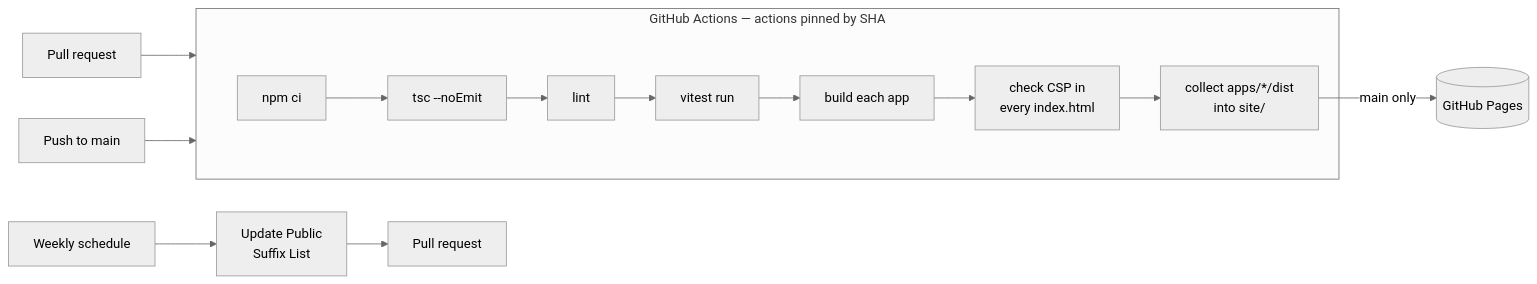
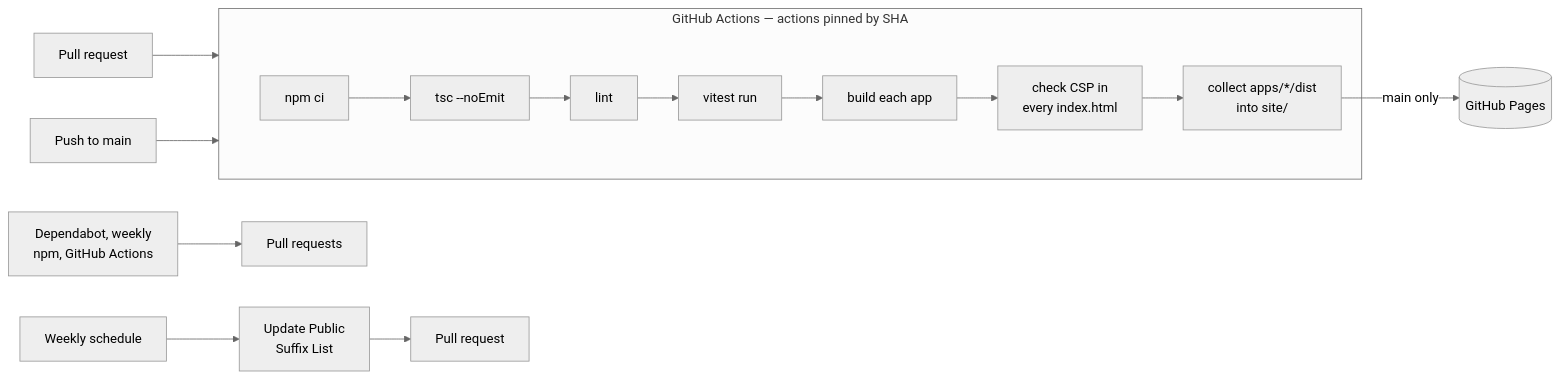
One commit to photom/benchside changed the fourth of 6 diagrams in docs/explanation/architecture.md. Above: the diagram before and after it, drawn with Mermaid (neutral theme). The commit also changed other lines of this file and 1 other file, not shown here.

First line of the commit message:
Add Dependabot for npm and GitHub Actions (#44)

````diff
--- a/docs/explanation/architecture.md
+++ b/docs/explanation/architecture.md
@@ -109,12 +109,13 @@
 ```mermaid
 flowchart LR
   pr[Pull request] --> ci
   push[Push to main] --> ci
   subgraph ci [GitHub Actions — actions pinned by SHA]
     install[npm ci] --> types[tsc --noEmit] --> lint[lint] --> test[vitest run] --> build[build each app]
     build --> csp[check CSP in<br/>every index.html]
     csp --> collect[collect apps/*/dist<br/>into site/]
   end
   collect -- "main only" --> pages[(GitHub Pages)]
   cron[Weekly schedule] --> psl[Update Public<br/>Suffix List] --> pr2[Pull request]
+  bot[Dependabot, weekly<br/>npm, GitHub Actions] --> pr3[Pull requests]
 ```
````
